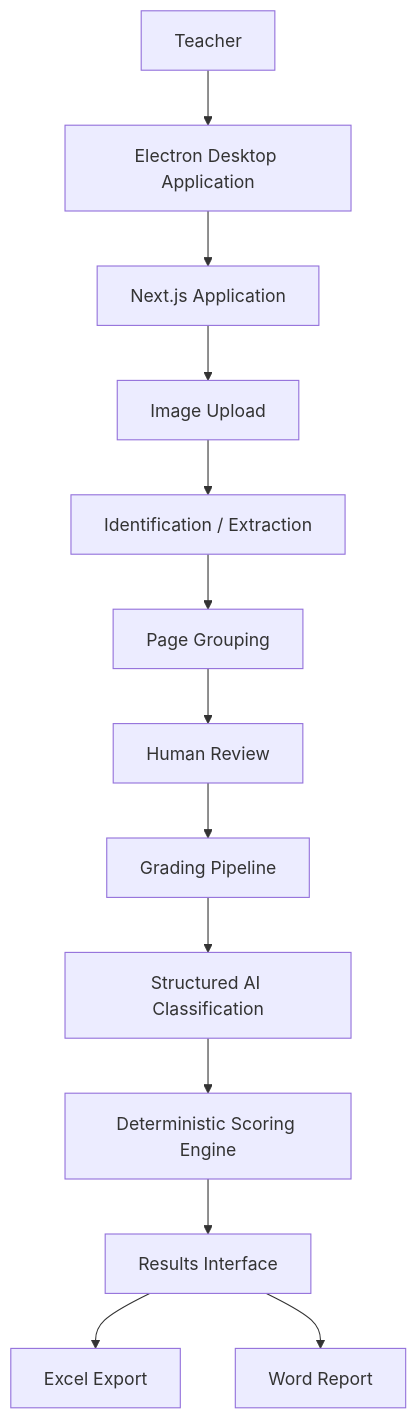
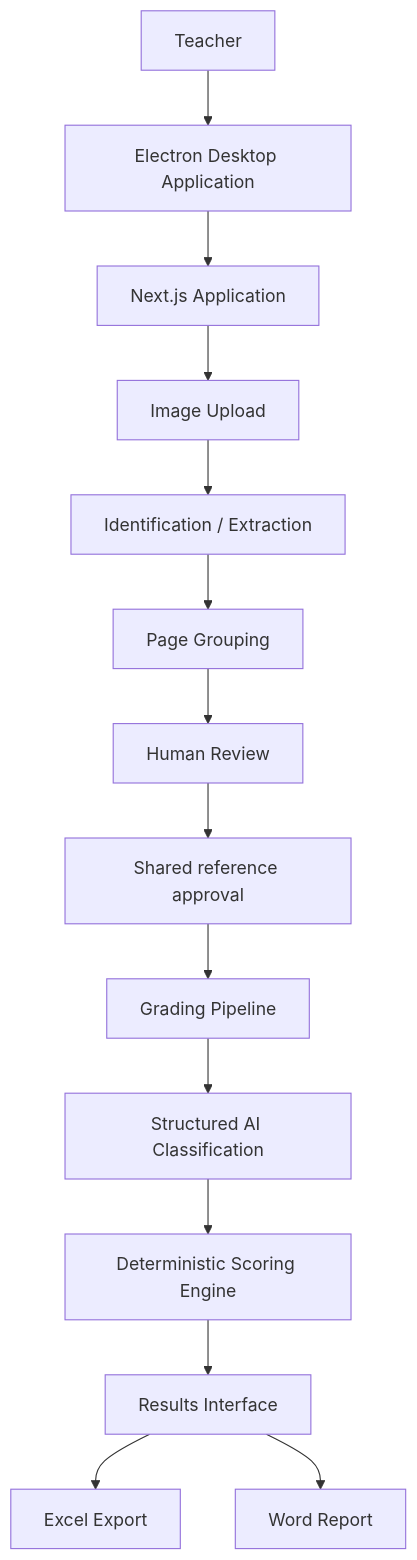
Before and after one commit to PedroFrancischeto1898/corretor-provas-ai: the diagram in README.md, drawn with Mermaid. The commit also changed other lines of this file and 38 other files, not shown here.

````diff
--- a/README.md
+++ b/README.md
@@ -206,15 +210,16 @@
 ```mermaid
 flowchart TD
     A[Teacher] --> B[Electron Desktop Application]
     B --> C[Next.js Application]
     C --> D[Image Upload]
     D --> E[Identification / Extraction]
     E --> F[Page Grouping]
     F --> G[Human Review]
-    G --> H[Grading Pipeline]
+    G --> R[Shared reference approval]
+    R --> H[Grading Pipeline]
     H --> I[Structured AI Classification]
     I --> J[Deterministic Scoring Engine]
     J --> K[Results Interface]
     K --> L[Excel Export]
     K --> M[Word Report]
 ```
````
